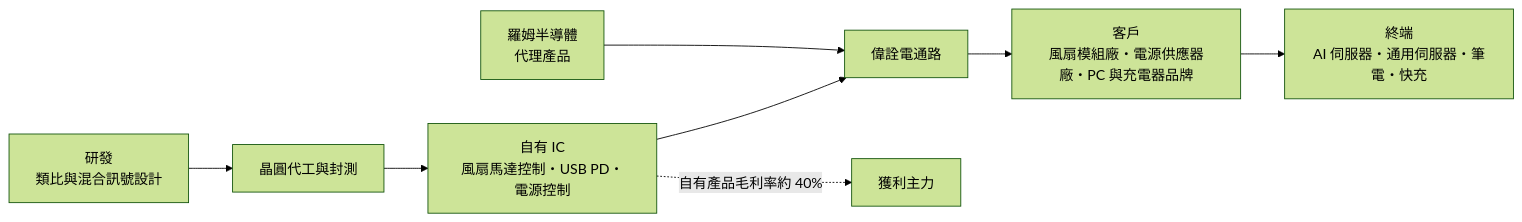
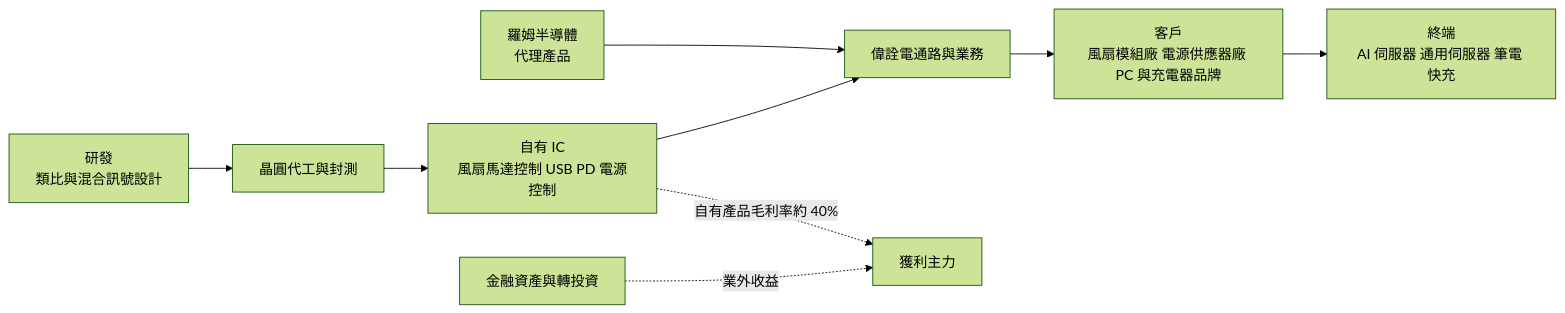
The second of 4 diagrams in 個股/台股/2436偉詮電.md (wangnick1004/taiwan-stock-vault), drawn with Mermaid (forest theme) before and after one commit. The commit also changed other lines of this file and 12 other files, not shown here.

````diff
--- a/個股/台股/2436偉詮電.md
+++ b/個股/台股/2436偉詮電.md
@@ -69,10 +70,11 @@
 ```mermaid
 flowchart LR
     A["研發<br/>類比與混合訊號設計"] --> B[晶圓代工與封測]
-    B --> C["自有 IC<br/>風扇馬達控制・USB PD・電源控制"]
-    D["羅姆半導體<br/>代理產品"] --> E[偉詮電通路]
+    B --> C["自有 IC<br/>風扇馬達控制 USB PD 電源控制"]
+    D["羅姆半導體<br/>代理產品"] --> E[偉詮電通路與業務]
     C --> E
-    E --> F["客戶<br/>風扇模組廠・電源供應器廠・PC 與充電器品牌"]
-    F --> G["終端<br/>AI 伺服器・通用伺服器・筆電・快充"]
+    E --> F["客戶<br/>風扇模組廠 電源供應器廠 PC 與充電器品牌"]
+    F --> G["終端<br/>AI 伺服器 通用伺服器 筆電 快充"]
     C -. 自有產品毛利率約 40% .-> H[獲利主力]
+    I[金融資產與轉投資] -. 業外收益 .-> H
 ```
````
